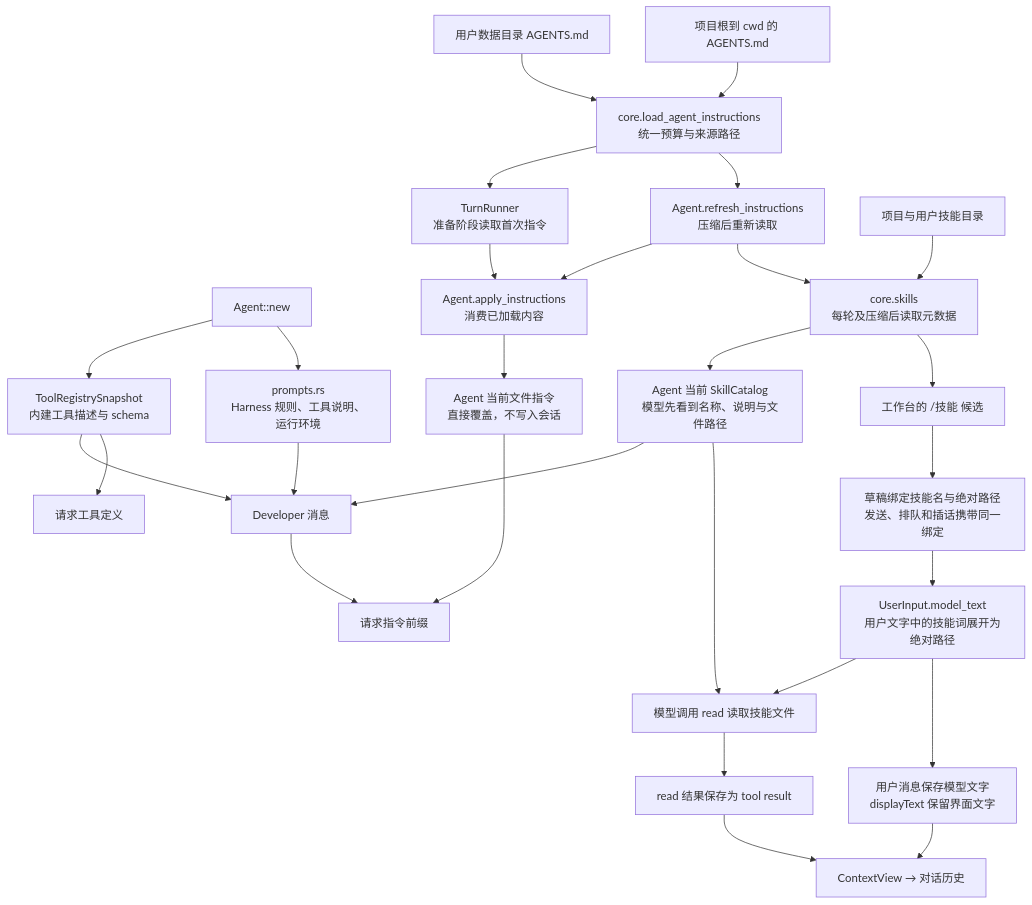
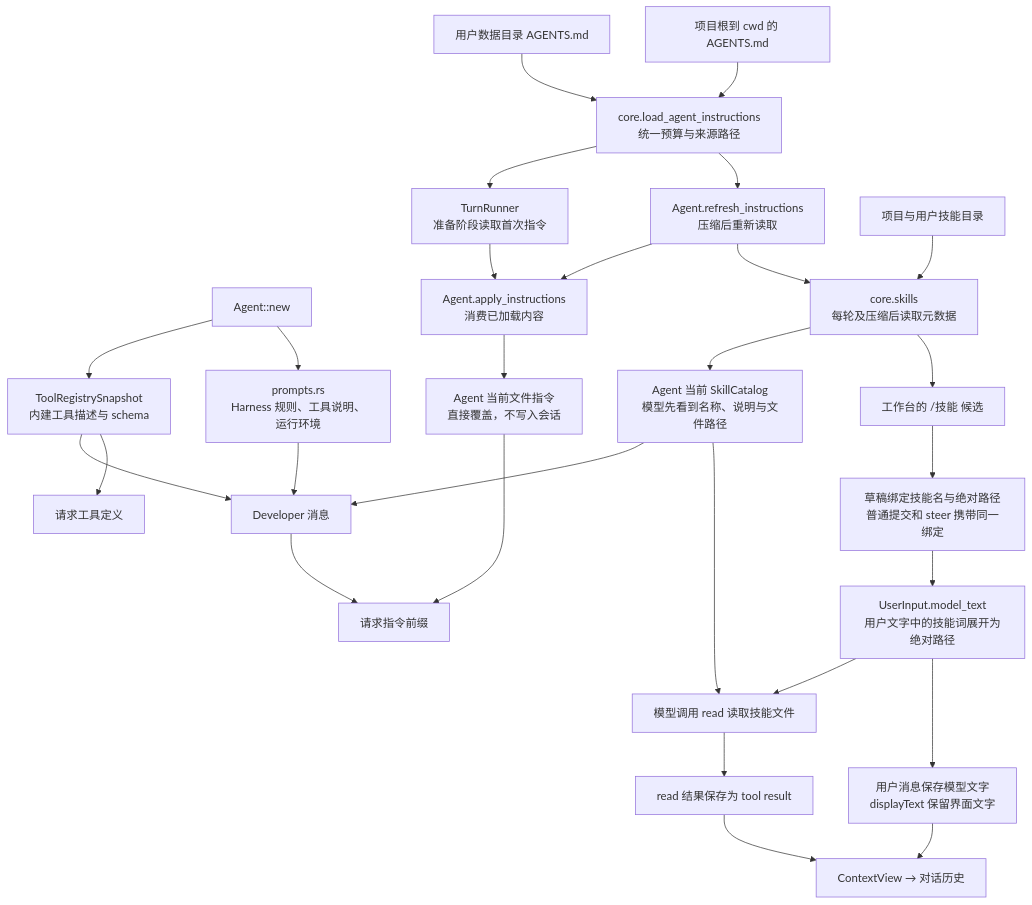
Before and after one commit to qjcnmd/singularity-agent: diagram 20 of 28 in docs/architecture.md, drawn with Mermaid. The commit also changed other lines of this file and 38 other files, not shown here.

````diff
--- a/docs/architecture.md
+++ b/docs/architecture.md
@@ -595,30 +586,30 @@
 ```mermaid
 flowchart TB
     Prompt["prompts.rs<br/>Harness 规则、工具说明、运行环境"] --> Developer["Developer 消息"]
     Agent["Agent::new"] --> Registry["ToolRegistrySnapshot<br/>内建工具描述与 schema"]
     Agent --> Prompt
     Registry --> Developer
     Registry --> Schemas["请求工具定义"]
     UserAgents["用户数据目录 AGENTS.md"] --> Loader["core.load_agent_instructions<br/>统一预算与来源路径"]
     ProjectAgents["项目根到 cwd 的 AGENTS.md"] --> Loader
     Loader --> Prepared["TurnRunner<br/>准备阶段读取首次指令"]
     Prepared --> Refresh["Agent.apply_instructions<br/>消费已加载内容"]
     Loader --> Reload["Agent.refresh_instructions<br/>压缩后重新读取"]
     Reload --> Refresh
     Refresh --> Current["Agent 当前文件指令<br/>直接覆盖，不写入会话"]
     SkillDirs["项目与用户技能目录"] --> Skills["core.skills<br/>每轮及压缩后读取元数据"]
     Reload --> Skills
     Skills --> Catalog["Agent 当前 SkillCatalog<br/>模型先看到名称、说明与文件路径"]
     Catalog --> Developer
     Catalog --> ModelSkill["模型调用 read 读取技能文件"]
     Skills --> Candidates["工作台的 /技能 候选"]
-    Candidates --> Selected["草稿绑定技能名与绝对路径<br/>发送、排队和插话携带同一绑定"]
+    Candidates --> Selected["草稿绑定技能名与绝对路径<br/>普通提交和 steer 携带同一绑定"]
     Selected --> User["UserInput.model_text<br/>用户文字中的技能词展开为绝对路径"]
     User --> ModelSkill
     User --> History["用户消息保存模型文字<br/>displayText 保留界面文字"]
     ModelSkill --> ToolResult["read 结果保存为 tool result"]
     Current --> Prefix["请求指令前缀"]
     Developer --> Prefix
     History --> Context["ContextView → 对话历史"]
     ToolResult --> Context
 ```
````
